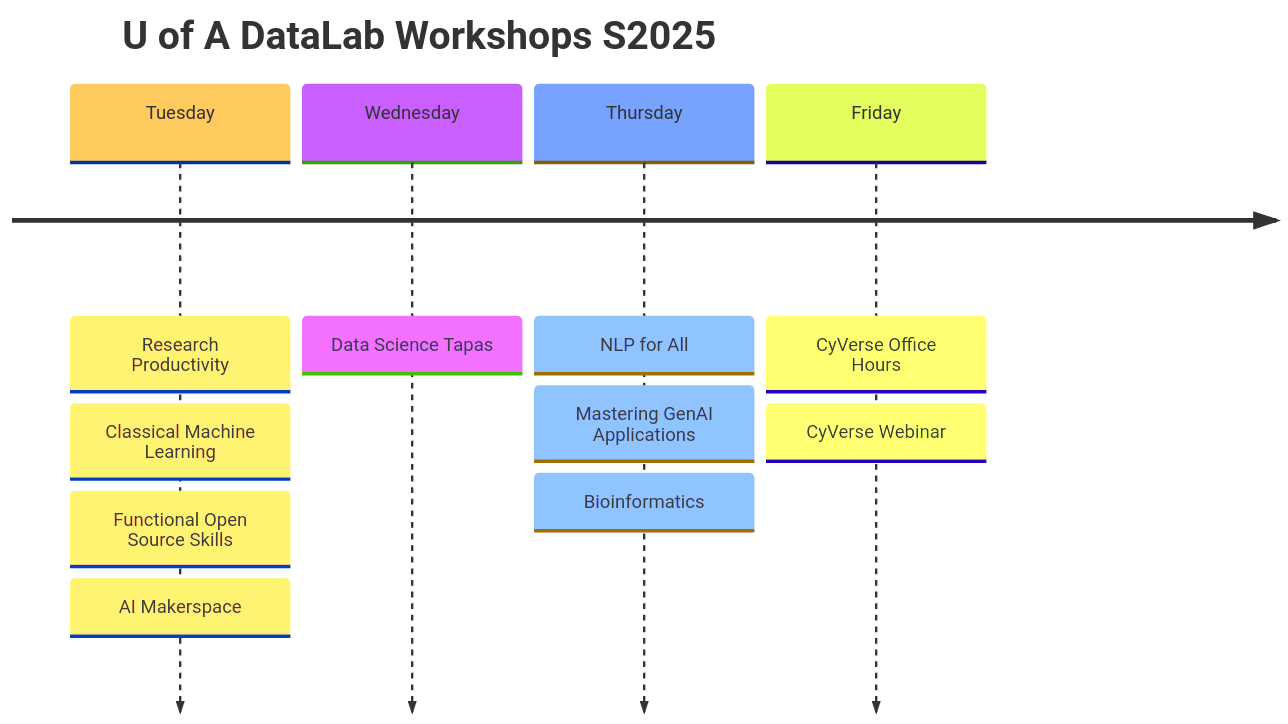
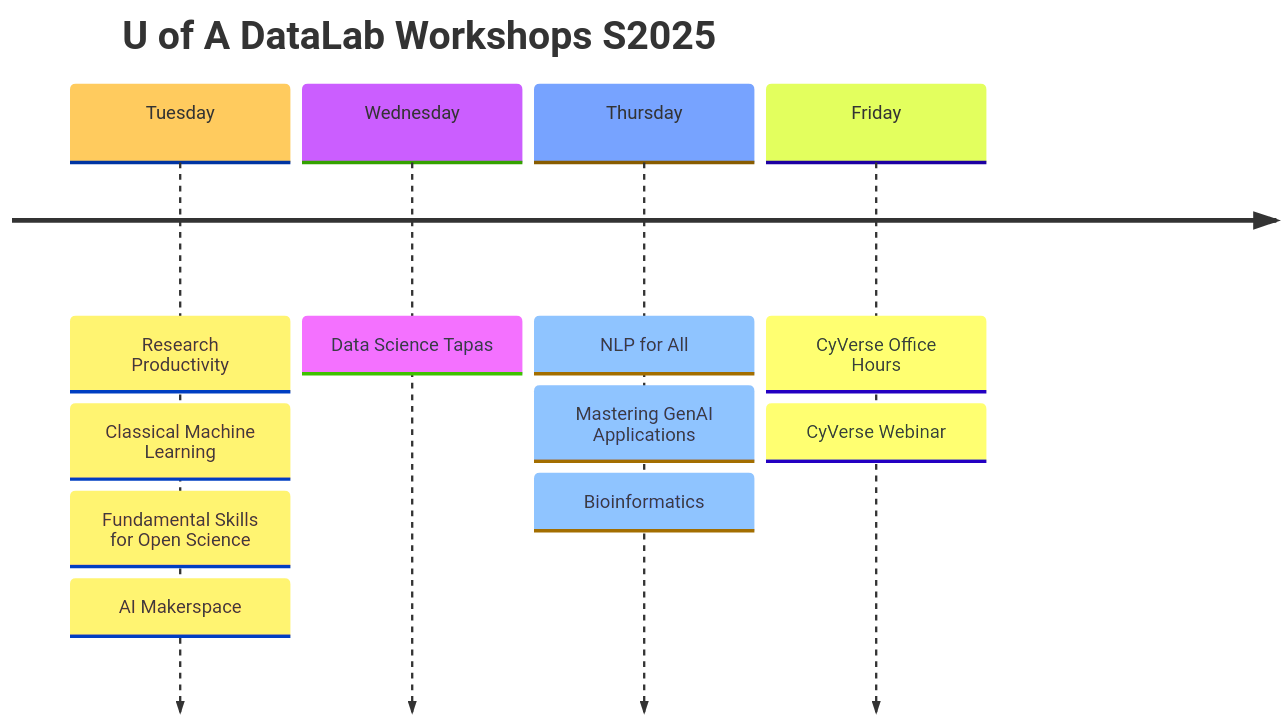
Before and after one commit to ua-datalab/ua-datalab.github.io: the diagram in docs/index.md, drawn with Mermaid.

````diff
--- a/docs/index.md
+++ b/docs/index.md
@@ -29,15 +29,15 @@
 ```mermaid
 %%{init: { 'logLevel': 'debug', 'theme': 'base' } }%%
 timeline
     title U of A DataLab Workshops S2025
     Tuesday : Research Productivity
     	    : Classical Machine Learning
-	    : Functional Open Source Skills
+	    : Fundamental Skills for Open Science
 	    : AI Makerspace 
     Wednesday : Data Science Tapas
     Thursday : NLP for All
     	     : Mastering GenAI Applications
     	     : Bioinformatics
     Friday : CyVerse Office Hours
     	   : CyVerse Webinar
 ```
````
